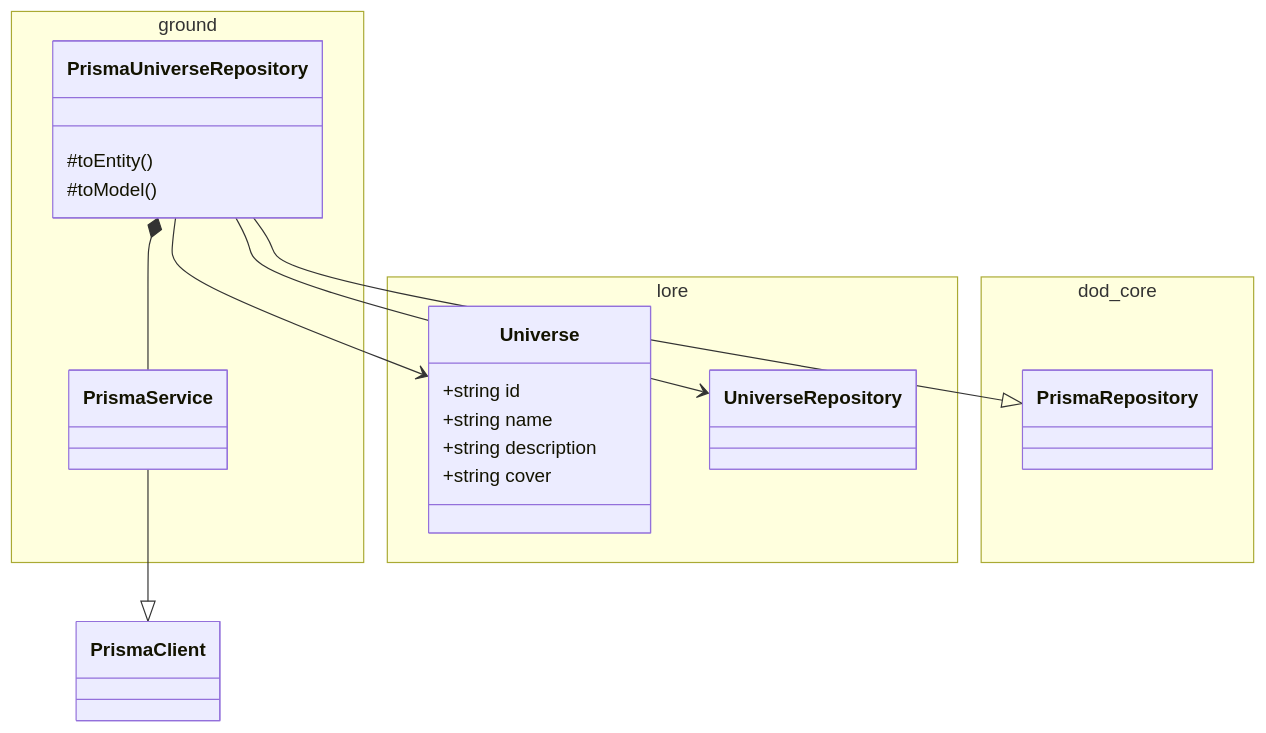
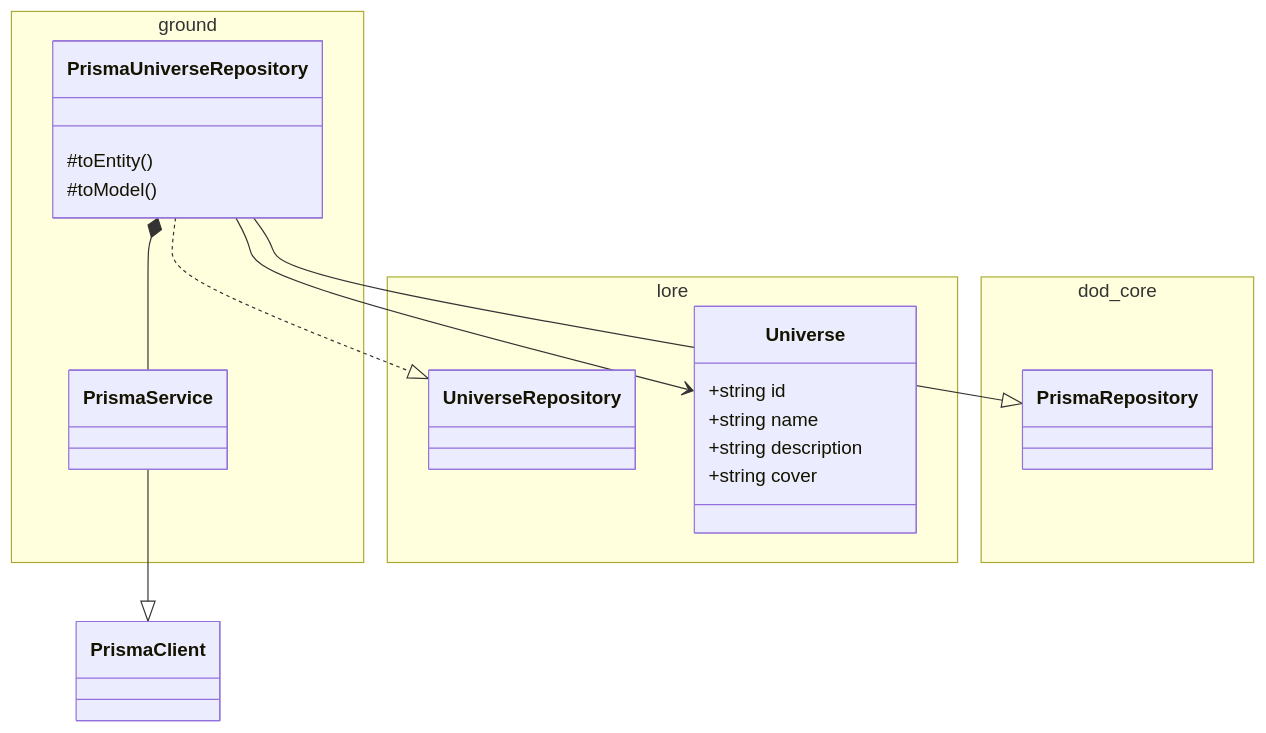
One commit to pslotinsky/decay-of-magic changed the third of 3 diagrams in realms/universe/README.md. Above: the diagram before and after it, drawn with Mermaid. The commit also changed other lines of this file and 16 other files, not shown here.

````diff
--- a/realms/universe/README.md
+++ b/realms/universe/README.md
@@ -172,28 +102,28 @@
 ```mermaid
 classDiagram
   namespace ground {
     class PrismaService
     class PrismaUniverseRepository {
       #toEntity()
       #toModel()
     }
   }
   namespace lore {
+    class UniverseRepository
     class Universe {
       +string id
       +string name
       +string description
       +string cover
     }
-    class UniverseRepository
   }
   namespace dod_core {
     class PrismaRepository
   }
 
   PrismaService --|> PrismaClient
   PrismaUniverseRepository --|> PrismaRepository
+  PrismaUniverseRepository ..|> UniverseRepository
   PrismaUniverseRepository *-- PrismaService
   PrismaUniverseRepository --> Universe
-  PrismaUniverseRepository --> UniverseRepository
 ```
````
